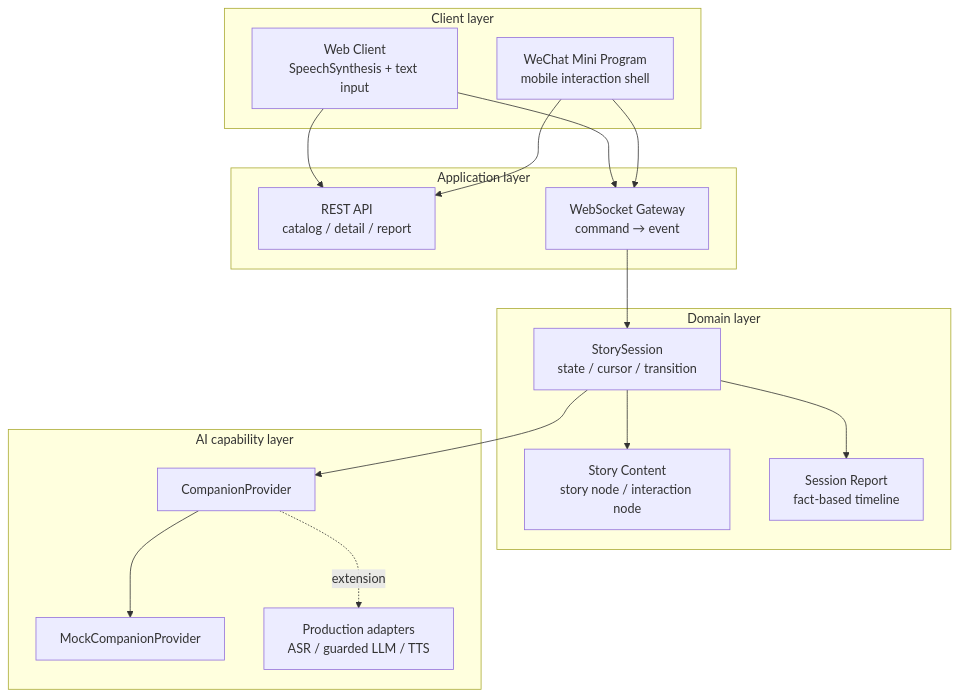
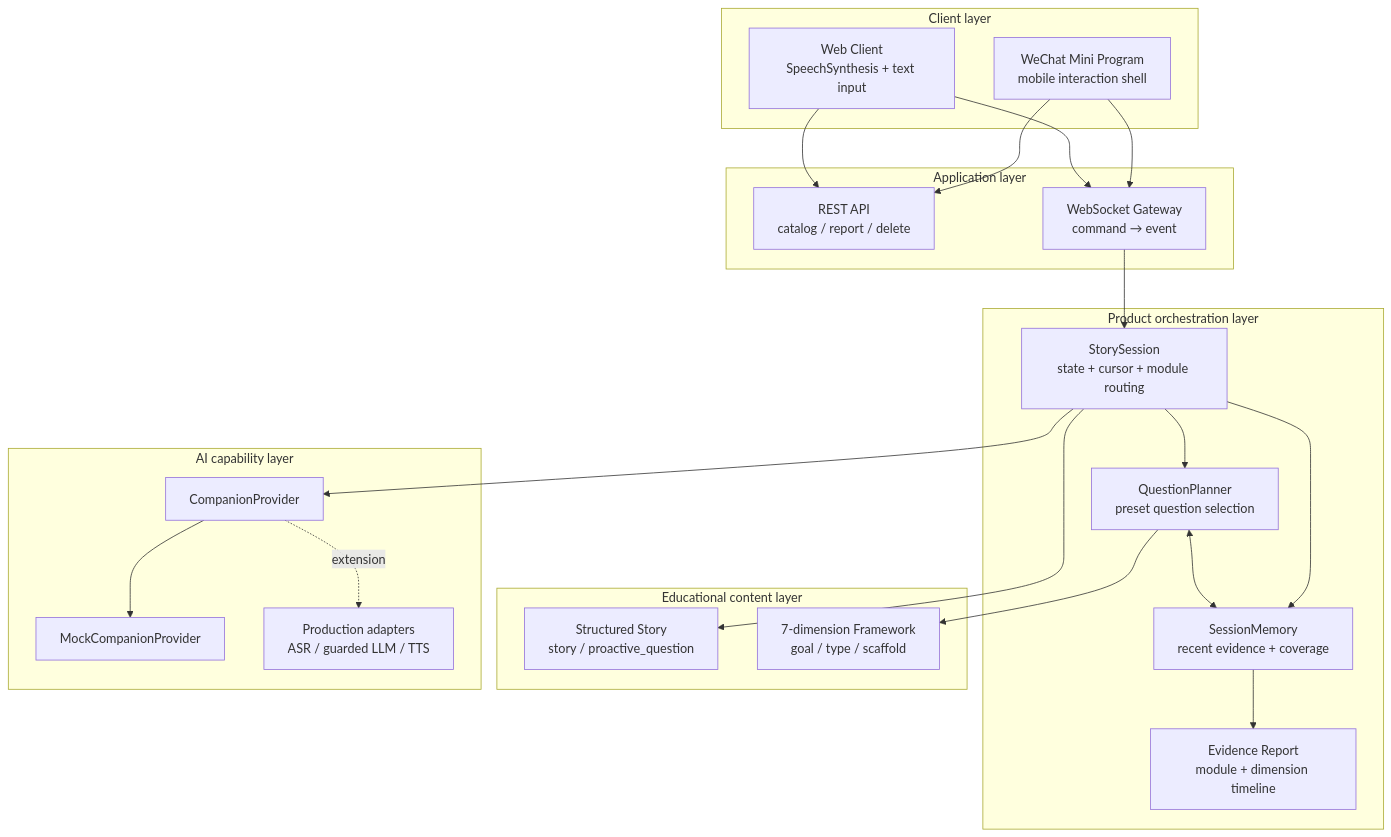
One commit to et79lee-cell/storypal-ai-reading-companion changed the first of 5 diagrams in docs/architecture.md. Above: the diagram before and after it, drawn with Mermaid. The commit also changed other lines of this file and 31 other files, not shown here.

Commit message:
feat: add educational question planning and memory

````diff
--- a/docs/architecture.md
+++ b/docs/architecture.md
@@ -14,35 +16,45 @@
 ```mermaid
 flowchart TB
   subgraph Clients[Client layer]
     WEB[Web Client<br/>SpeechSynthesis + text input]
     MINI[WeChat Mini Program<br/>mobile interaction shell]
   end
 
   subgraph API[Application layer]
-    REST[REST API<br/>catalog / detail / report]
+    REST[REST API<br/>catalog / report / delete]
     WS[WebSocket Gateway<br/>command → event]
   end
 
-  subgraph Domain[Domain layer]
-    SESSION[StorySession<br/>state / cursor / transition]
-    STORY[Story Content<br/>story node / interaction node]
-    REPORT[Session Report<br/>fact-based timeline]
+  subgraph Domain[Product orchestration layer]
+    SESSION[StorySession<br/>state + cursor + module routing]
+    PLANNER[QuestionPlanner<br/>preset question selection]
+    MEMORY[SessionMemory<br/>recent evidence + coverage]
+    REPORT[Evidence Report<br/>module + dimension timeline]
+  end
+
+  subgraph Content[Educational content layer]
+    STORY[Structured Story<br/>story / proactive_question]
+    FRAMEWORK[7-dimension Framework<br/>goal / type / scaffold]
   end
 
   subgraph Capability[AI capability layer]
     CONTRACT[CompanionProvider]
     MOCK[MockCompanionProvider]
     PROD[Production adapters<br/>ASR / guarded LLM / TTS]
   end
 
   WEB --> REST
   MINI --> REST
   WEB --> WS
   MINI --> WS
   WS --> SESSION
   SESSION --> STORY
-  SESSION --> REPORT
+  SESSION --> PLANNER
+  PLANNER --> FRAMEWORK
+  PLANNER <--> MEMORY
+  SESSION --> MEMORY
   SESSION --> CONTRACT
+  MEMORY --> REPORT
   CONTRACT --> MOCK
   CONTRACT -. extension .-> PROD
 ```
````
